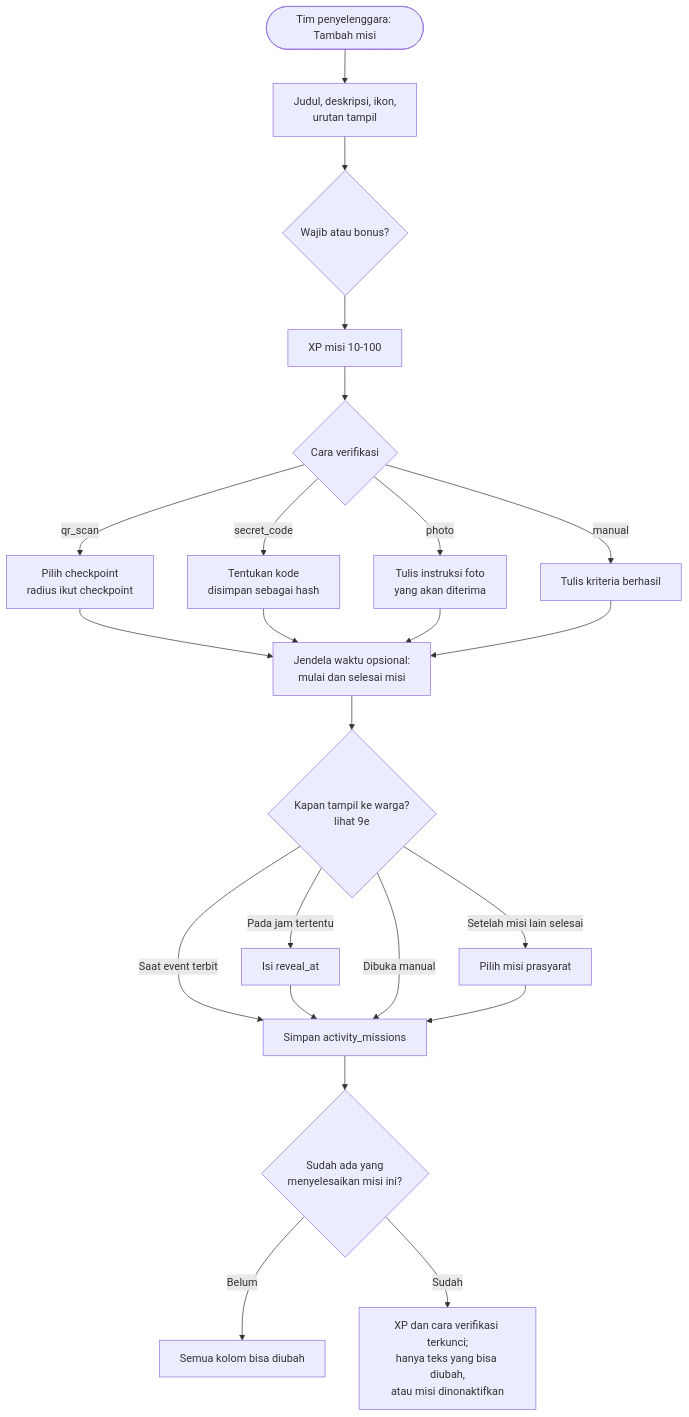
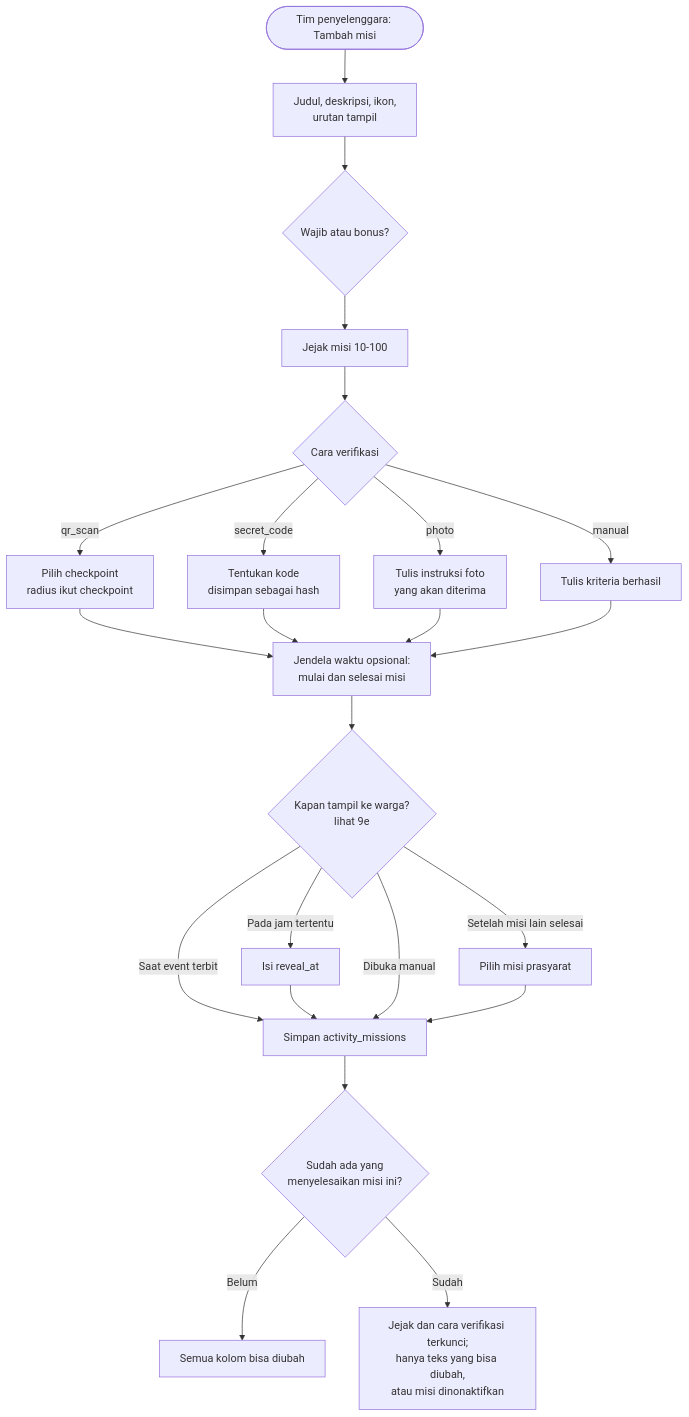
The ninth of 30 diagrams in docs/ALUR-SISTEM.md (mirwanma/gasyu), drawn with Mermaid before and after one commit. The commit also changed other lines of this file and 42 other files, not shown here.

First line of the commit message:
Ganti label XP menjadi Jejak di aplikasi dan dokumen (docs v0.15, BRAND v1.5)

````diff
--- a/docs/ALUR-SISTEM.md
+++ b/docs/ALUR-SISTEM.md
@@ -485,24 +486,24 @@
 ```mermaid
 flowchart TD
     S([Tim penyelenggara: Tambah misi]) --> F[Judul, deskripsi, ikon,<br/>urutan tampil]
     F --> K{Wajib atau bonus?}
-    K --> X[XP misi 10-100]
+    K --> X[Jejak misi 10-100]
     X --> V{Cara verifikasi}
     V -->|qr_scan| Q[Pilih checkpoint<br/>radius ikut checkpoint]
     V -->|secret_code| C[Tentukan kode<br/>disimpan sebagai hash]
     V -->|photo| P[Tulis instruksi foto<br/>yang akan diterima]
     V -->|manual| M[Tulis kriteria berhasil]
     Q --> W[Jendela waktu opsional:<br/>mulai dan selesai misi]
     C --> W
     P --> W
     M --> W
     W --> RV{Kapan tampil ke warga?<br/>lihat 9e}
     RV -->|Saat event terbit| SV
     RV -->|Pada jam tertentu| RV2[Isi reveal_at] --> SV
     RV -->|Dibuka manual| SV
     RV -->|Setelah misi lain selesai| RV3[Pilih misi prasyarat] --> SV
     SV[Simpan activity_missions]
     SV --> ED{Sudah ada yang<br/>menyelesaikan misi ini?}
     ED -- Belum --> E1[Semua kolom bisa diubah]
-    ED -- Sudah --> E2[XP dan cara verifikasi terkunci;<br/>hanya teks yang bisa diubah,<br/>atau misi dinonaktifkan]
+    ED -- Sudah --> E2[Jejak dan cara verifikasi terkunci;<br/>hanya teks yang bisa diubah,<br/>atau misi dinonaktifkan]
 ```
````
